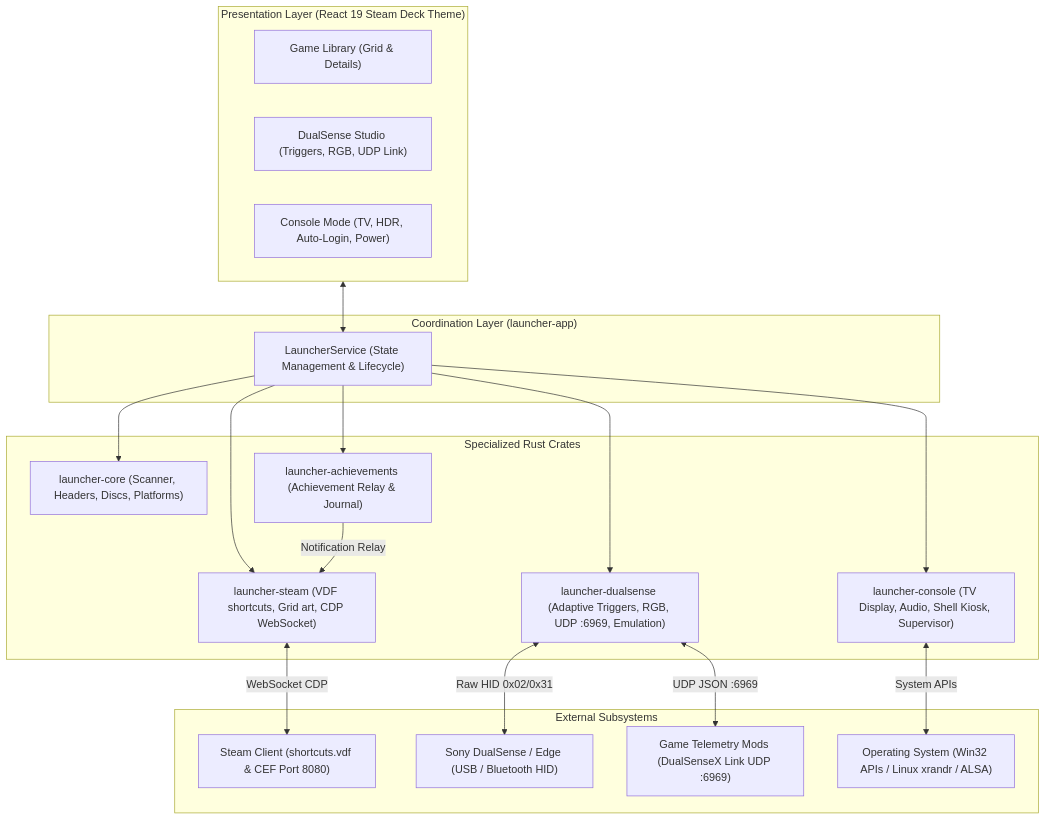
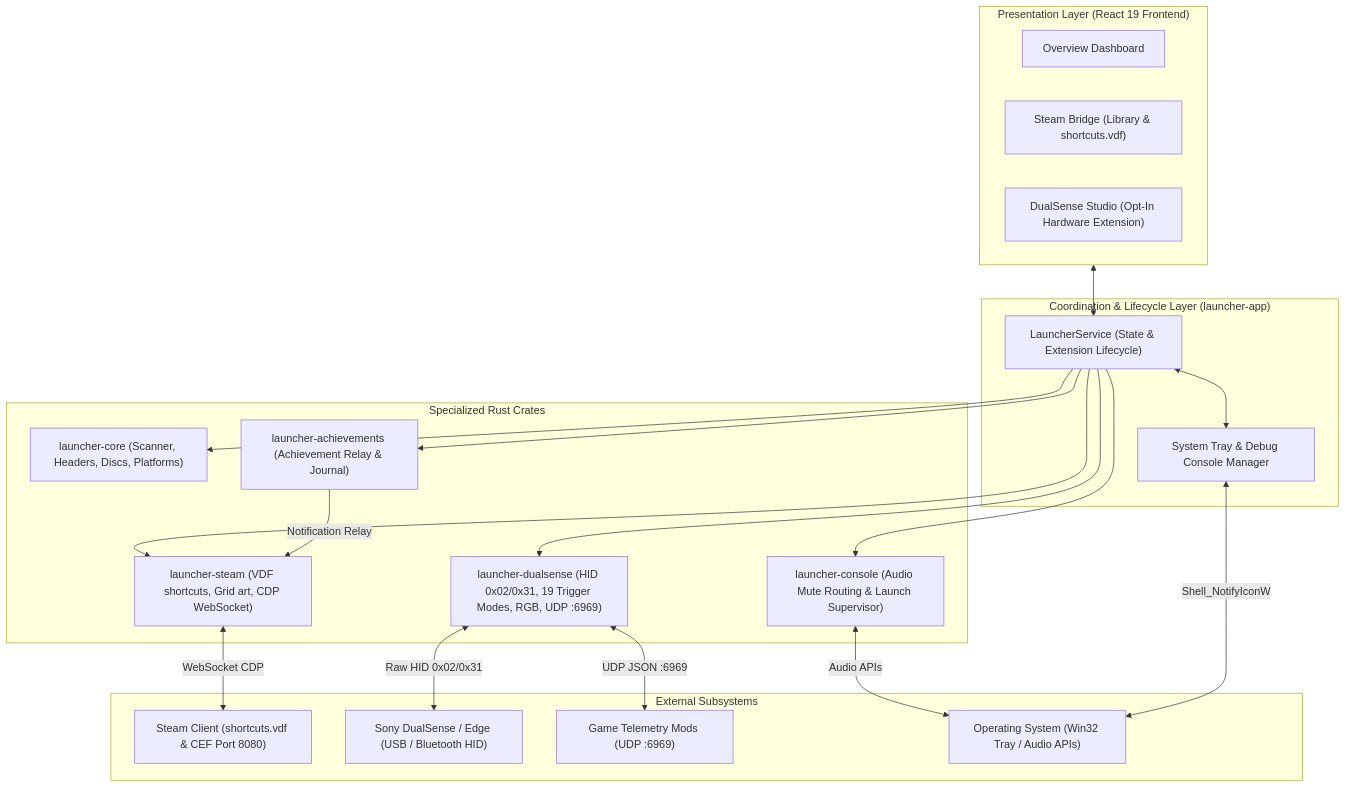
Before and after one commit to marcoswferreira/kame-house-launcher: the diagram in docs/ARCHITECTURE.md, drawn with Mermaid. The commit also changed other lines of this file and 15 other files, not shown here.

Commit message:
Remove Console Mode documentation and related ADRs; update architecture to reflect frontend changes and improved DualSense functionality.

````diff
--- a/docs/ARCHITECTURE.md
+++ b/docs/ARCHITECTURE.md
@@ -15,40 +15,43 @@
 ```mermaid
 flowchart TD
-    subgraph UI["Presentation Layer (React 19 Steam Deck Theme)"]
-        Grid["Game Library (Grid & Details)"]
-        DualSenseTab["DualSense Studio (Triggers, RGB, UDP Link)"]
-        ConsoleTab["Console Mode (TV, HDR, Auto-Login, Power)"]
+    subgraph UI["Presentation Layer (React 19 Frontend)"]
+        Overview["Overview Dashboard"]
+        SteamBridge["Steam Bridge (Library & shortcuts.vdf)"]
+        DualSenseTab["DualSense Studio (Opt-In Hardware Extension)"]
     end
 
-    subgraph Service["Coordination Layer (launcher-app)"]
-        LauncherService["LauncherService (State Management & Lifecycle)"]
+    subgraph Service["Coordination & Lifecycle Layer (launcher-app)"]
+        LauncherService["LauncherService (State & Extension Lifecycle)"]
+        TrayManager["System Tray & Debug Console Manager"]
     end
 
     subgraph CoreCrates["Specialized Rust Crates"]
         Core["launcher-core (Scanner, Headers, Discs, Platforms)"]
         Steam["launcher-steam (VDF shortcuts, Grid art, CDP WebSocket)"]
         Achiev["launcher-achievements (Achievement Relay & Journal)"]
-        DualSense["launcher-dualsense (Adaptive Triggers, RGB, UDP :6969, Emulation)"]
-        Console["launcher-console (TV Display, Audio, Shell Kiosk, Supervisor)"]
+        DualSense["launcher-dualsense (HID 0x02/0x31, 19 Trigger Modes, RGB, UDP :6969)"]
+        Console["launcher-console (Audio Mute Routing & Launch Supervisor)"]
     end
 
     subgraph External["External Subsystems"]
         SteamClient["Steam Client (shortcuts.vdf & CEF Port 8080)"]
         DualSenseHardware["Sony DualSense / Edge (USB / Bluetooth HID)"]
-        GameMods["Game Telemetry Mods (DualSenseX Link UDP :6969)"]
-        OS["Operating System (Win32 APIs / Linux xrandr / ALSA)"]
+        GameMods["Game Telemetry Mods (UDP :6969)"]
+        OS["Operating System (Win32 Tray / Audio APIs)"]
     end
 
     UI <--> LauncherService
+    LauncherService <--> TrayManager
     LauncherService --> Core
     LauncherService --> Steam
     LauncherService --> Achiev
     LauncherService --> DualSense
     LauncherService --> Console
 
     Steam <-->|"WebSocket CDP"| SteamClient
     Achiev -->|"Notification Relay"| Steam
     DualSense <-->|"Raw HID 0x02/0x31"| DualSenseHardware
     DualSense <-->|"UDP JSON :6969"| GameMods
-    Console <-->|"System APIs"| OS
+    Console <-->|"Audio APIs"| OS
+    TrayManager <-->|"Shell_NotifyIconW"| OS
 ```
````
